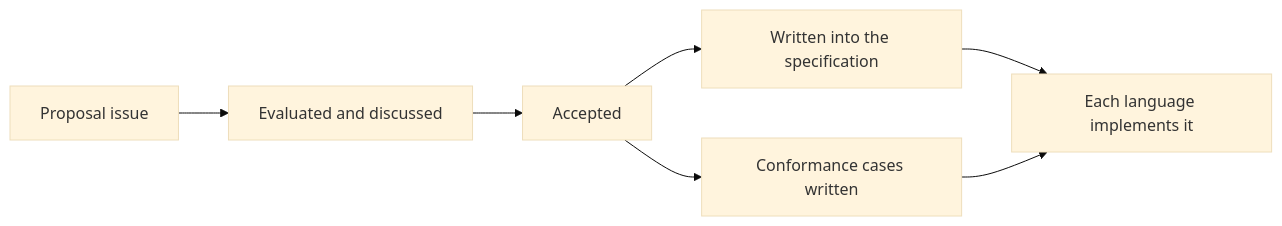
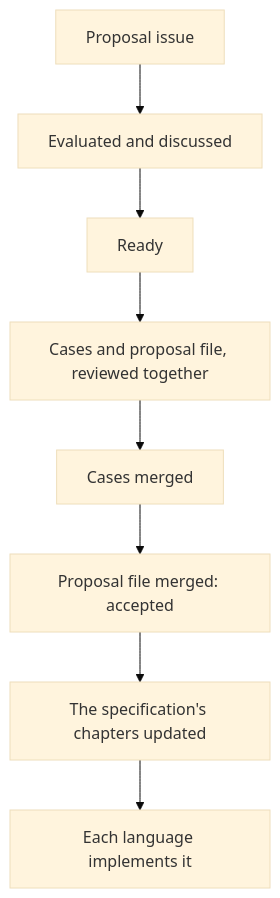
Before and after one commit to itinera-dev/itinera-dev.github.io: the diagram in content/contribute.md, drawn with Mermaid (base theme). The commit also changed other lines of this file and 18 other files, not shown here.

````diff
--- a/content/contribute.md
+++ b/content/contribute.md
@@ -16,11 +16,12 @@
 ```mermaid
-flowchart LR
+flowchart TD
     accTitle: How a feature becomes code
-    accDescr: A proposal issue is evaluated and discussed until it is accepted. It is then written into the specification and its conformance cases, and each language implements it, with a tech spec of its own, until its cases pass.
+    accDescr: A proposal issue is evaluated and discussed until a maintainer marks it ready. Its conformance cases and its proposal file are then reviewed together. The cases are merged first, then the proposal file, which is the acceptance, and the specification's chapters are updated. Each language then implements it until its cases pass.
     I[Proposal issue] --> E[Evaluated and discussed]
-    E --> A[Accepted]
-    A --> S[Written into the specification]
-    A --> C[Conformance cases written]
+    E --> R[Ready]
+    R --> T[Cases and proposal file, reviewed together]
+    T --> C[Cases merged]
+    C --> A[Proposal file merged: accepted]
+    A --> S[The specification's chapters updated]
     S --> L[Each language implements it]
-    C --> L
 ```
````
